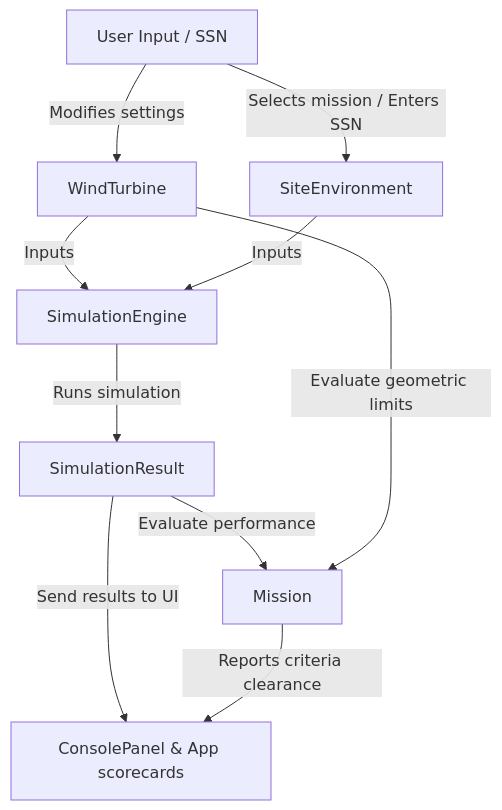
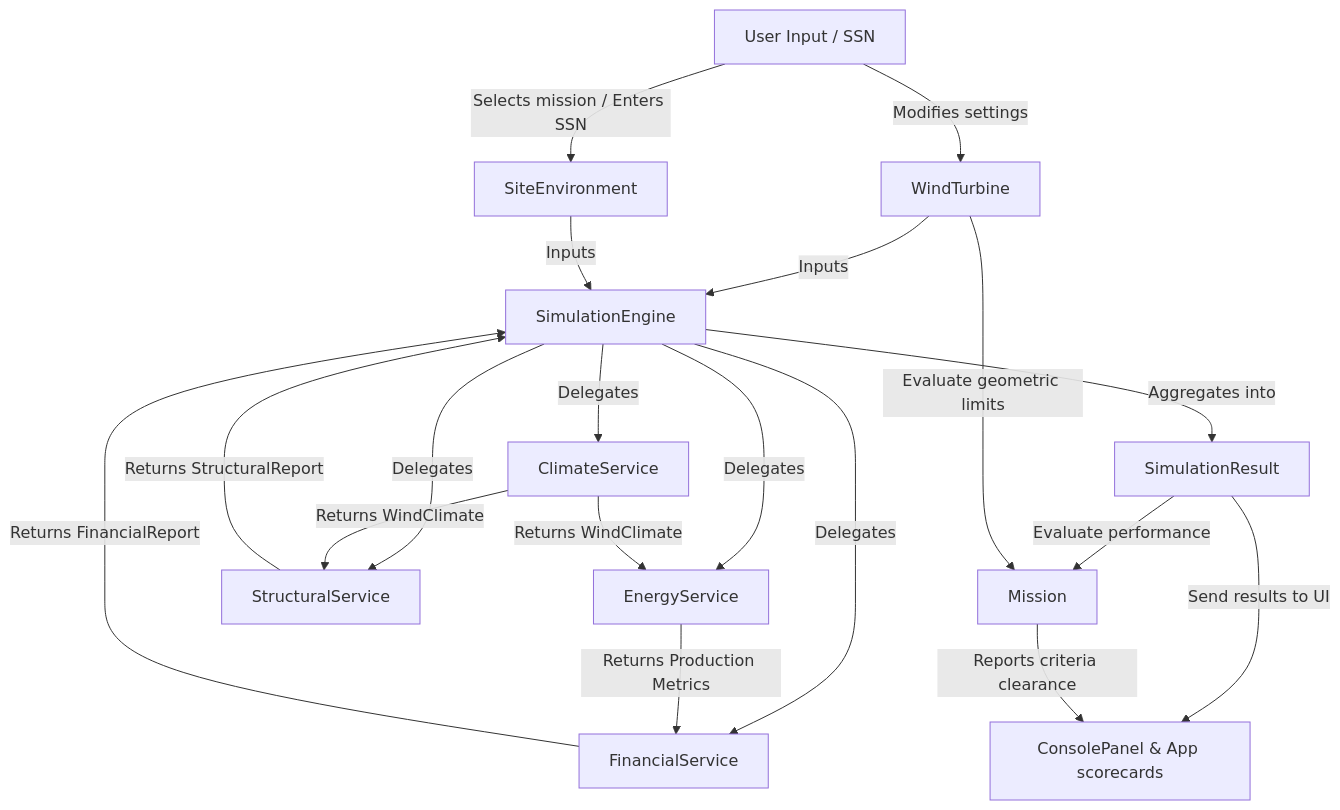
One commit to GGisMee/UU-WEC-visualisation changed the diagram in README.md. Above: the diagram before and after it, drawn with Mermaid. The commit also changed other lines of this file and 13 other files, not shown here.

````diff
--- a/README.md
+++ b/README.md
@@ -11,16 +11,27 @@
 ```mermaid
 graph TD
     User[User Input / SSN] -->|Modifies settings| Turbine[WindTurbine]
     User -->|Selects mission / Enters SSN| Env[SiteEnvironment]
     
     Turbine -->|Inputs| Engine[SimulationEngine]
     Env -->|Inputs| Engine
     
-    Engine -->|Runs simulation| Result[SimulationResult]
+    Engine -->|Delegates| CS[ClimateService]
+    Engine -->|Delegates| ES[EnergyService]
+    Engine -->|Delegates| SS[StructuralService]
+    Engine -->|Delegates| FS[FinancialService]
+    
+    CS -->|Returns WindClimate| ES
+    CS -->|Returns WindClimate| SS
+    ES -->|Returns Production Metrics| FS
+    SS -->|Returns StructuralReport| Engine
+    FS -->|Returns FinancialReport| Engine
+    
+    Engine -->|Aggregates into| Result[SimulationResult]
     
     Result -->|Evaluate performance| Mission[Mission]
     Turbine -->|Evaluate geometric limits| Mission
     
     Result -->|Send results to UI| GUI[AnalyticsPanel & CADCanvas]
     Mission -->|Reports criteria clearance| GUI[ConsolePanel & App scorecards]
 ```
````
